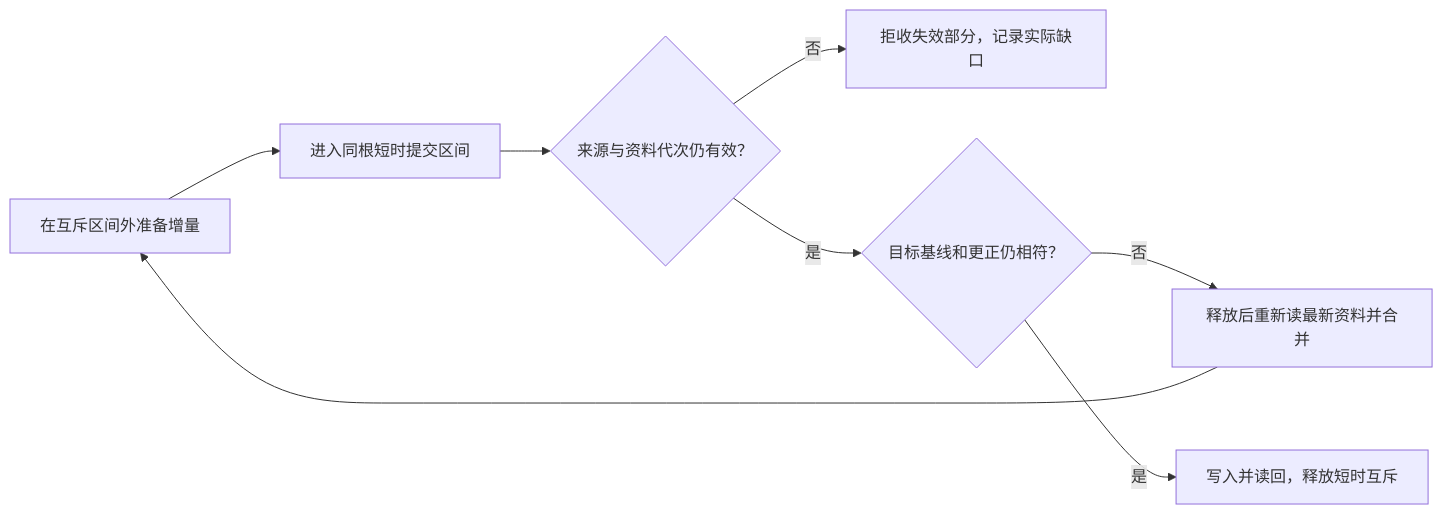
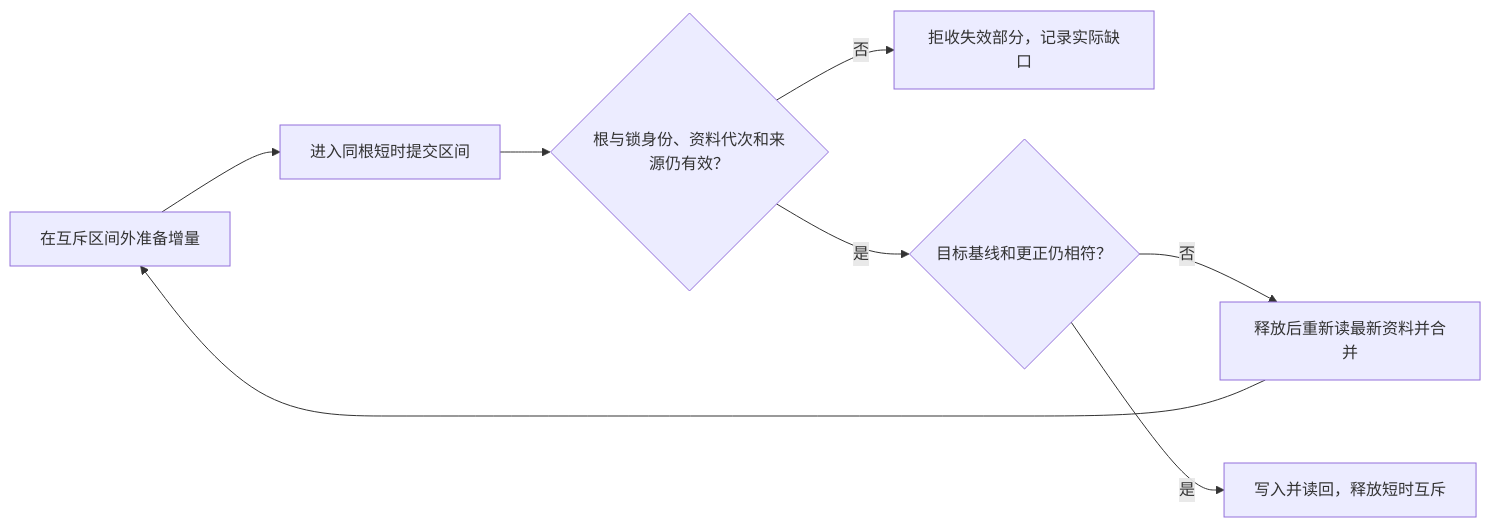
Before and after one commit to Ena-Heleneto/agent-foundry: the second of 17 diagrams in specs/skills/20261029-speckit-workflow-foundation/diagrams.md, drawn with Mermaid. The commit also changed other lines of this file and 53 other files, not shown here.

````diff
--- a/specs/skills/20261029-speckit-workflow-foundation/diagrams.md
+++ b/specs/skills/20261029-speckit-workflow-foundation/diagrams.md
@@ -30,10 +30,10 @@
 ```mermaid
 flowchart LR
     A["在互斥区间外准备增量"] --> B["进入同根短时提交区间"]
-    B --> C{"来源与资料代次仍有效？"}
+    B --> C{"根与锁身份、资料代次和来源仍有效？"}
     C -->|否| D["拒收失效部分，记录实际缺口"]
     C -->|是| E{"目标基线和更正仍相符？"}
     E -->|否| F["释放后重新读最新资料并合并"]
     F --> A
     E -->|是| G["写入并读回，释放短时互斥"]
 ```
````
